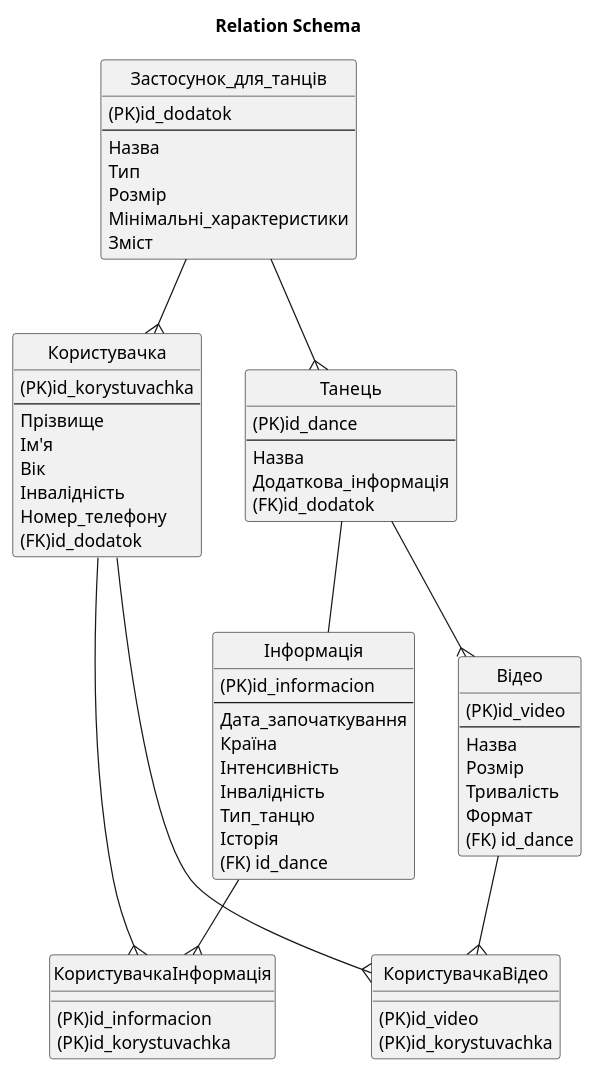
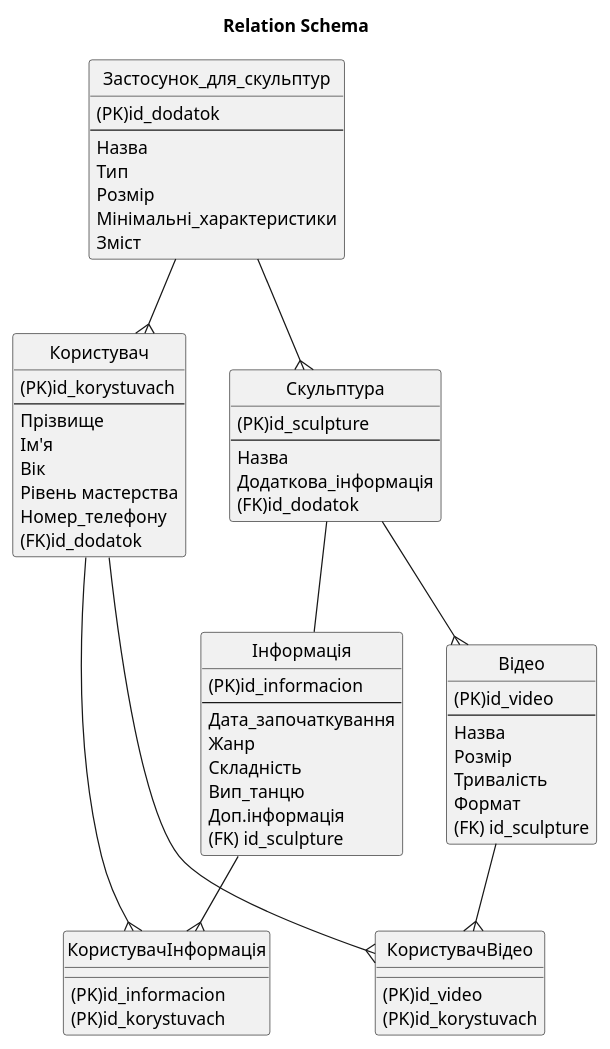
One commit to oleksandrblazhko/nai205-topuzanov changed the diagram in 2.7-PlantUML/DataModel.puml. Above: the diagram before and after it, drawn with PlantUML.

```diff
--- a/2.7-PlantUML/DataModel.puml
+++ b/2.7-PlantUML/DataModel.puml
@@ -1,81 +1,80 @@
 @startuml
 title Relation Schema
 hide circle
 
-entity Користувачка {
-  (PK)id_korystuvachka
+entity Користувач {
+  (PK)id_korystuvach
   --
   Прізвище
   Ім'я
   Вік
-  Інвалідність
+  Рівень мастерства
   Номер_телефону
  (FK)id_dodatok
 }
 
 
 
 entity Інформація {
   (PK)id_informacion
   --
   Дата_започаткування
-  Країна
-  Інтенсивність
-  Інвалідність
-  Тип_танцю
-  Історія
- (FK) id_dance
+  Жанр
+  Складність
+  Вип_танцю
+  Доп.інформація
+ (FK) id_sculpture
 }
 
 entity Відео {
   (PK)id_video
   --
   Назва
   Розмір
   Тривалість
   Формат
-  (FK) id_dance 
+  (FK) id_sculpture
 }
 
-entity Танець {
-  (PK)id_dance
+entity Скульптура{
+  (PK)id_sculpture
   --
  Назва
   Додаткова_інформація
   (FK)id_dodatok
 }
 
-entity Застосунок_для_танців {
+entity Застосунок_для_скульптур {
   (PK)id_dodatok
   --
   Назва
   Тип
   Розмір
   Мінімальні_характеристики
   Зміст
 }
 
-entity КористувачкаІнформація {
+entity КористувачІнформація {
   (PK)id_informacion
-  (PK)id_korystuvachka
+  (PK)id_korystuvach
 }
 
- entity КористувачкаВідео {
+ entity КористувачВідео {
   (PK)id_video
-  (PK)id_korystuvachka
+  (PK)id_korystuvach
 }
 
-Користувачка --{ КористувачкаВідео
-Відео --{ КористувачкаВідео
+Користувач --{ КористувачВідео
+Відео --{ КористувачВідео
 
-Користувачка --{ КористувачкаІнформація
-Інформація --{ КористувачкаІнформація
+Користувач --{ КористувачІнформація
+Інформація --{ КористувачІнформація
 
-Застосунок_для_танців --{ Танець
+Застосунок_для_скульптур --{ Скульптура
 
-Застосунок_для_танців --{ Користувачка
+Застосунок_для_скульптур --{ Користувач
 
-Танець -- Інформація
+Скульптура-- Інформація
 
-Танець --{ Відео
+Скульптура--{ Відео
 @enduml
```
